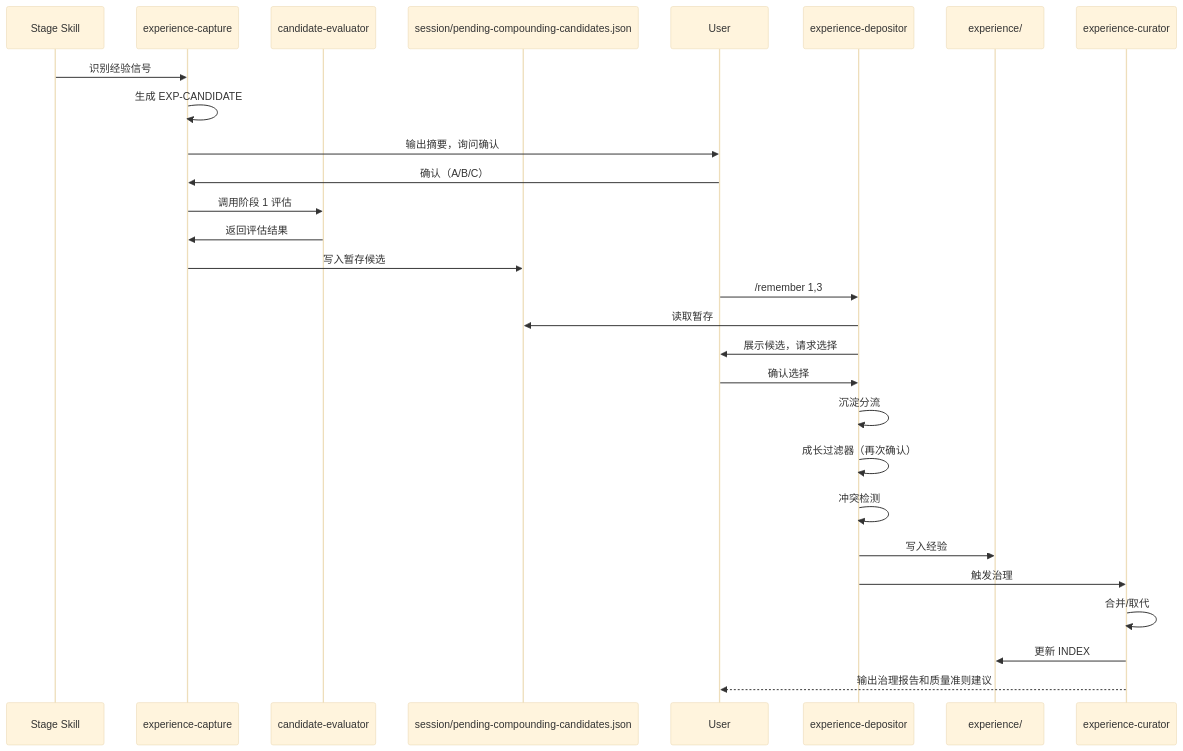
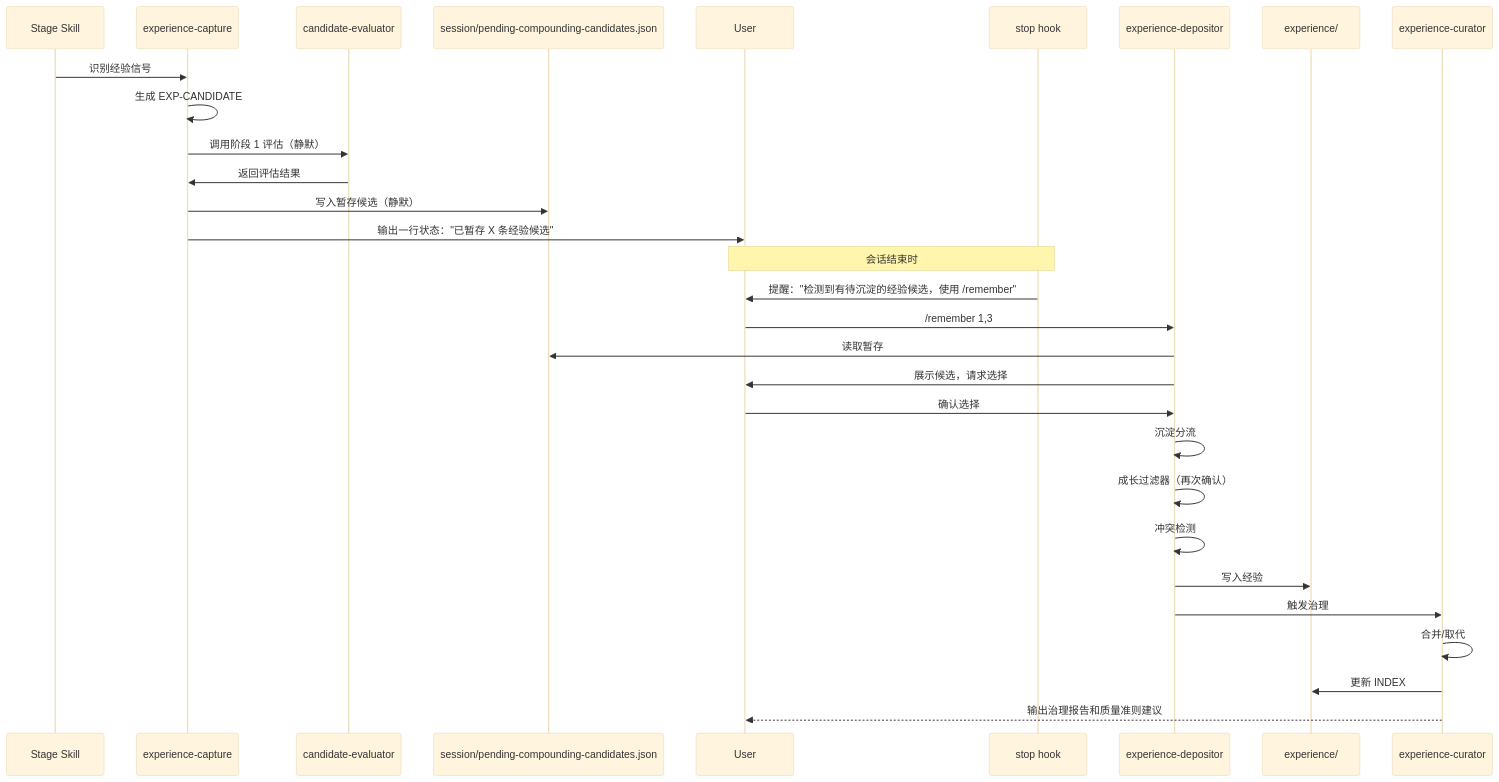
Before and after one commit to tower1229/LingXi: the diagram in .cursor/.lingxi/context/business/references/knowledge-compounding.md, drawn with Mermaid (base theme). The commit also changed other lines of this file and 3 other files, not shown here.

````diff
--- a/.cursor/.lingxi/context/business/references/knowledge-compounding.md
+++ b/.cursor/.lingxi/context/business/references/knowledge-compounding.md
@@ -9,31 +9,33 @@
 ```mermaid
 sequenceDiagram
     participant Skill as Stage Skill
     participant Capture as experience-capture
     participant Evaluator as candidate-evaluator
     participant Session as session/pending-compounding-candidates.json
     participant User
+    participant StopHook as stop hook
     participant Depositor as experience-depositor
     participant Experience as experience/
     participant Curator as experience-curator
     
     Skill->>Capture: 识别经验信号
     Capture->>Capture: 生成 EXP-CANDIDATE
-    Capture->>User: 输出摘要，询问确认
-    User->>Capture: 确认（A/B/C）
-    Capture->>Evaluator: 调用阶段 1 评估
+    Capture->>Evaluator: 调用阶段 1 评估（静默）
     Evaluator->>Capture: 返回评估结果
-    Capture->>Session: 写入暂存候选
+    Capture->>Session: 写入暂存候选（静默）
+    Capture->>User: 输出一行状态："已暂存 X 条经验候选"
+    Note over User,StopHook: 会话结束时
+    StopHook->>User: 提醒："检测到有待沉淀的经验候选，使用 /remember"
     User->>Depositor: /remember 1,3
     Depositor->>Session: 读取暂存
     Depositor->>User: 展示候选，请求选择
     User->>Depositor: 确认选择
     Depositor->>Depositor: 沉淀分流
     Depositor->>Depositor: 成长过滤器（再次确认）
     Depositor->>Depositor: 冲突检测
     Depositor->>Experience: 写入经验
     Depositor->>Curator: 触发治理
     Curator->>Curator: 合并/取代
     Curator->>Experience: 更新 INDEX
     Curator-->>User: 输出治理报告和质量准则建议
 ```
````
